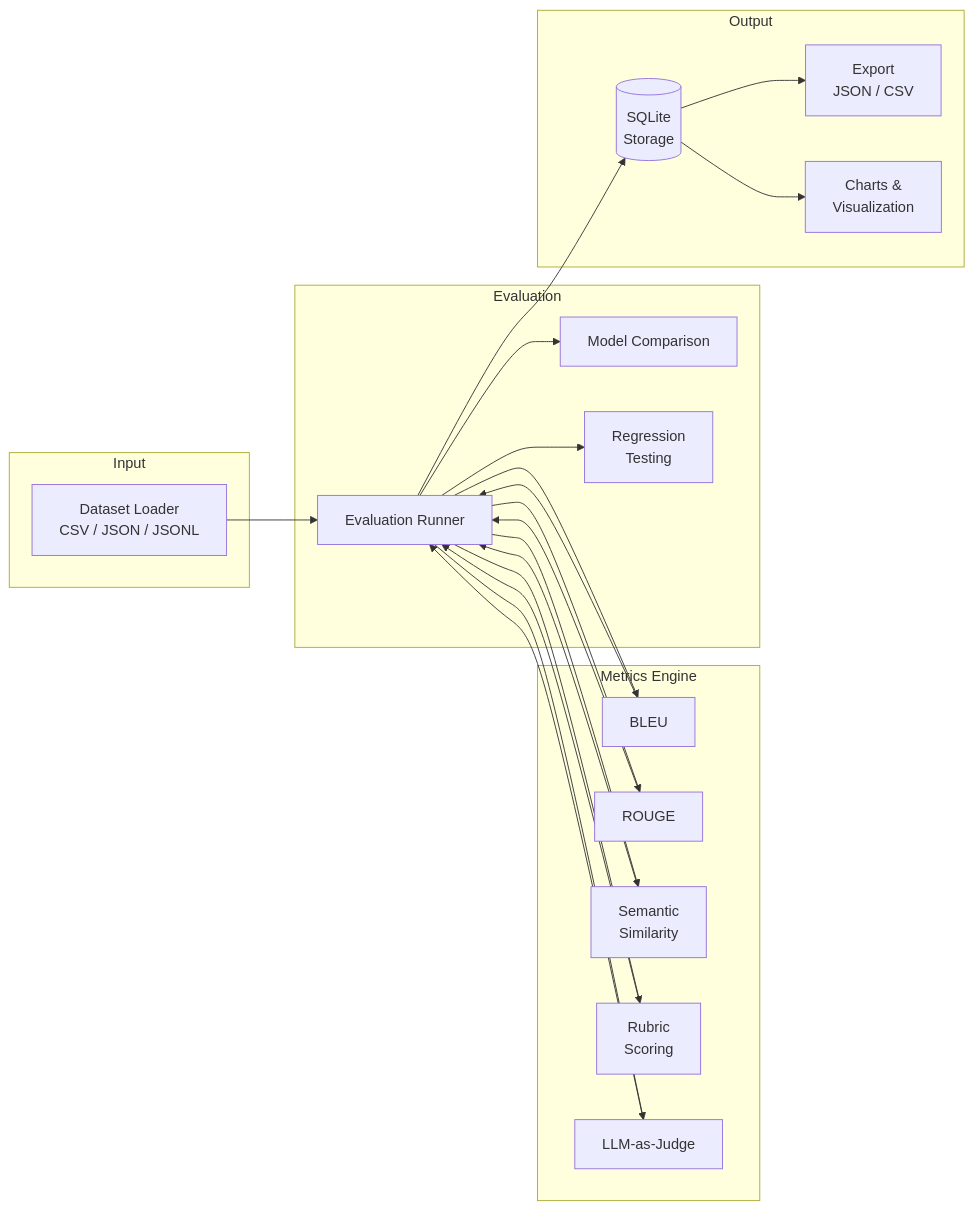
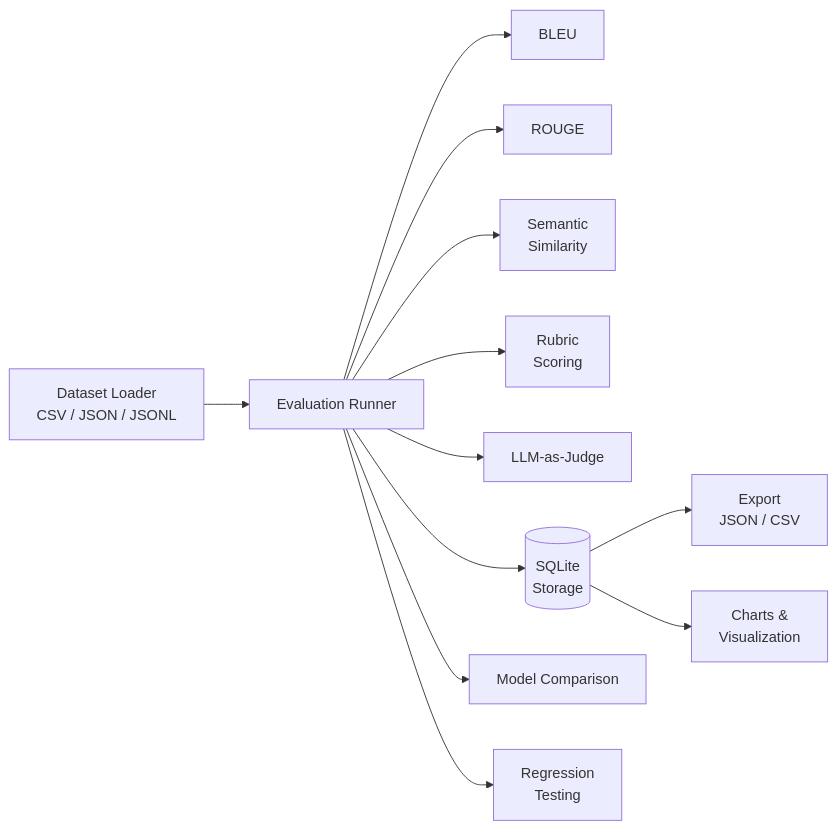
The diagram in README.md (gcasti256/ml-eval-toolkit), drawn with Mermaid before and after one commit. The commit also changed other lines of this file and 8 other files, not shown here.

````diff
--- a/README.md
+++ b/README.md
@@ -13,35 +13,16 @@
 ```mermaid
 graph LR
-    subgraph Input
-        D[Dataset Loader<br/>CSV / JSON / JSONL]
-    end
+    D[Dataset Loader<br/>CSV / JSON / JSONL] --> R[Evaluation Runner]
 
-    subgraph Metrics Engine
-        BLEU[BLEU]
-        ROUGE[ROUGE]
-        SEM[Semantic<br/>Similarity]
-        RUB[Rubric<br/>Scoring]
-        LLM[LLM-as-Judge]
-    end
+    R --> BLEU[BLEU]
+    R --> ROUGE[ROUGE]
+    R --> SEM[Semantic<br/>Similarity]
+    R --> RUB[Rubric<br/>Scoring]
+    R --> LLM[LLM-as-Judge]
 
-    subgraph Evaluation
-        R[Evaluation Runner]
-        C[Model Comparison]
-        REG[Regression<br/>Testing]
-    end
-
-    subgraph Output
-        DB[(SQLite<br/>Storage)]
-        EXP[Export<br/>JSON / CSV]
-        VIZ[Charts &<br/>Visualization]
-    end
-
-    D --> R
-    R --> BLEU & ROUGE & SEM & RUB & LLM
-    BLEU & ROUGE & SEM & RUB & LLM --> R
-    R --> DB
-    R --> C
-    R --> REG
-    DB --> EXP
-    DB --> VIZ
+    R --> DB[(SQLite<br/>Storage)]
+    R --> C[Model Comparison]
+    R --> REG[Regression<br/>Testing]
+    DB --> EXP[Export<br/>JSON / CSV]
+    DB --> VIZ[Charts &<br/>Visualization]
 ```
````
